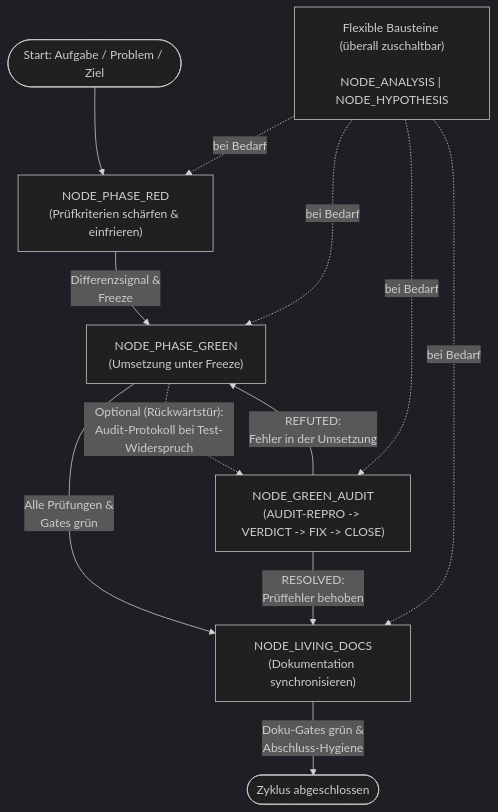
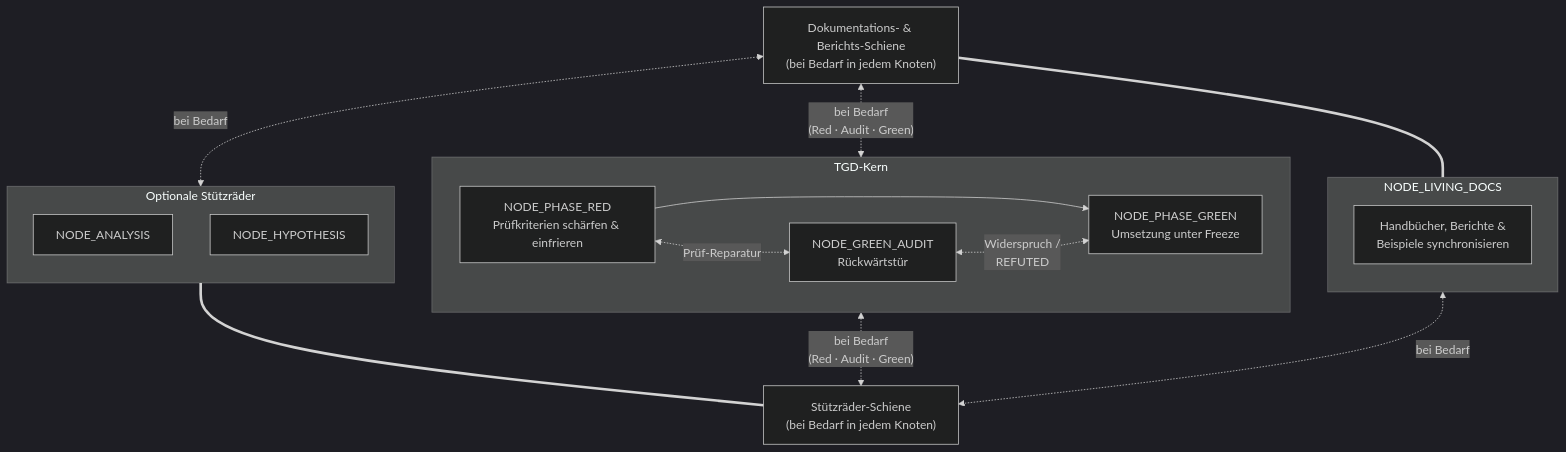
Before and after one commit to Chronuid/qb-cubie: the diagram in docs/tgd/README.md, drawn with Mermaid (dark theme). The commit also changed other lines of this file and 1 other file, not shown here.

Commit message:
... slowly but surely - developing the series of TGD-Guides, part 2 ...

````diff
--- a/docs/tgd/README.md
+++ b/docs/tgd/README.md
@@ -43,18 +43,31 @@
 ```mermaid
-flowchart TD
-    Opt["Flexible Bausteine \n(überall zuschaltbar)\n<br/>NODE_ANALYSIS | NODE_HYPOTHESIS"]
+flowchart TB
+    TopBus["Dokumentations- & Berichts-Schiene<br/>(bei Bedarf in jedem Knoten)"]
+    BotBus["Stützräder-Schiene<br/>(bei Bedarf in jedem Knoten)"]
 
-    Start(["Start: Aufgabe / Problem / Ziel"]) --> R["NODE_PHASE_RED<br/>(Prüfkriterien schärfen & einfrieren)"]
-    R -- "Differenzsignal &<br/>Freeze" --> G["NODE_PHASE_GREEN<br/>(Umsetzung unter Freeze)"]
-    G -- "Alle Prüfungen &<br/>Gates grün" --> D["NODE_LIVING_DOCS<br/>(Dokumentation synchronisieren)"]
-    D -- "Doku-Gates grün &<br/>Abschluss-Hygiene" --> Done(["Zyklus abgeschlossen"])
+    subgraph Stuetz["Optionale Stützräder"]
+        direction TB
+        A["NODE_ANALYSIS"]
+        H["NODE_HYPOTHESIS"]
+    end
 
-    G -. "Optional (Rückwärtstür):<br/>Audit-Protokoll bei Test-Widerspruch" .-> GA["NODE_GREEN_AUDIT<br/>(AUDIT-REPRO -> VERDICT -> FIX -> CLOSE)"]
-    GA -- "RESOLVED:<br/>Prüffehler behoben" --> D
-    GA -- "REFUTED:<br/>Fehler in der Umsetzung" --> G
+    subgraph Kern["TGD-Kern"]
+        direction LR
+        Red["NODE_PHASE_RED<br/>Prüfkriterien schärfen & einfrieren"] --> Green["NODE_PHASE_GREEN<br/>Umsetzung unter Freeze"]
+        Red <-.->|"Prüf-Reparatur"| Audit["NODE_GREEN_AUDIT<br/>Rückwärtstür"]
+        Audit <-.->|"Widerspruch /<br/>REFUTED"| Green
+    end
 
-    Opt -. "bei Bedarf" .-> R
-    Opt -. "bei Bedarf" .-> G
-    Opt -. "bei Bedarf" .-> GA
-    Opt -. "bei Bedarf" .-> D
+    subgraph Living["NODE_LIVING_DOCS"]
+        direction TB
+        Docs["Handbücher, Berichte &<br/>Beispiele synchronisieren"]
+    end
+
+    TopBus <-.->|"bei Bedarf"| Stuetz
+    TopBus <-.->|"bei Bedarf<br/>(Red · Audit · Green)"| Kern
+    TopBus === Living
+
+    Stuetz === BotBus
+    Kern <-.->|"bei Bedarf<br/>(Red · Audit · Green)"| BotBus
+    Living <-.->|"bei Bedarf"| BotBus
 ```
````
